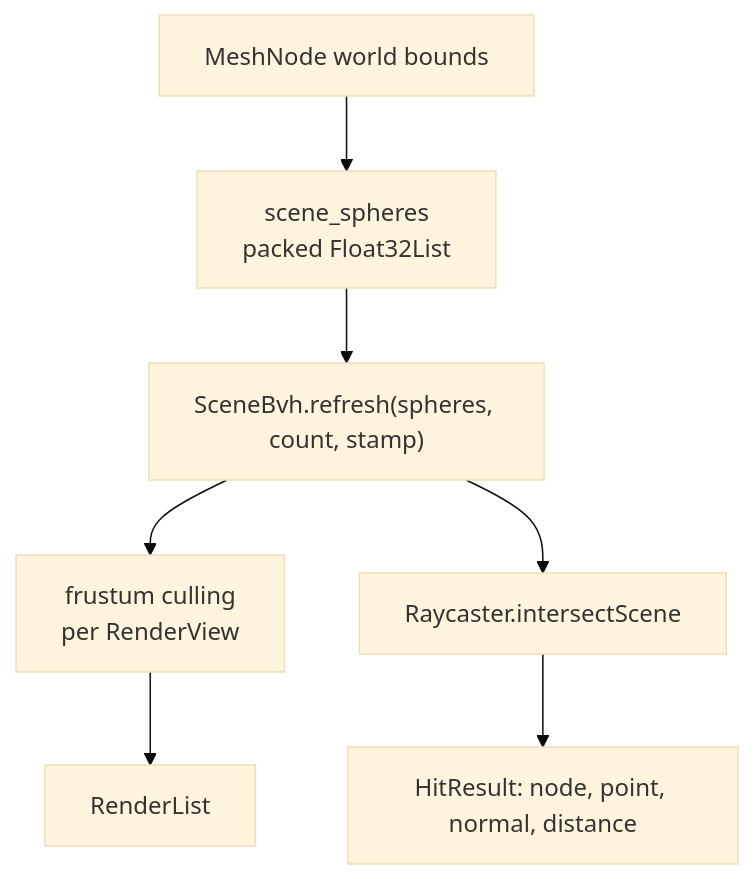
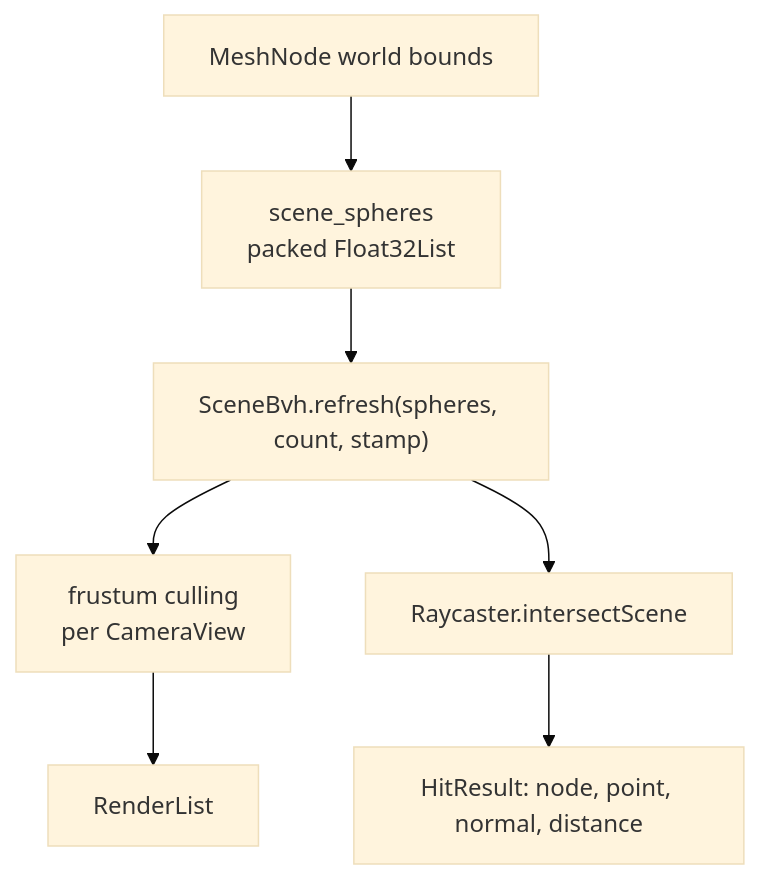
One commit to pleiondev/flutter3d changed the diagram in site/content/core/scene.md. Above: the diagram before and after it, drawn with Mermaid (base theme). The commit also changed other lines of this file and 18 other files, not shown here.

````diff
--- a/site/content/core/scene.md
+++ b/site/content/core/scene.md
@@ -108,9 +108,9 @@
 ```mermaid
 flowchart TB
   nodes["MeshNode world bounds"] --> spheres["scene_spheres<br>packed Float32List"]
   spheres --> bvh["SceneBvh.refresh(spheres, count, stamp)"]
-  bvh --> cull["frustum culling<br>per RenderView"]
+  bvh --> cull["frustum culling<br>per CameraView"]
   bvh --> pick["Raycaster.intersectScene"]
   cull --> list["RenderList"]
   pick --> hit["HitResult: node, point, normal, distance"]
 ```
````
